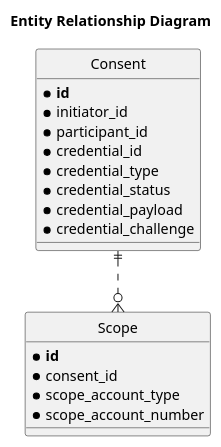
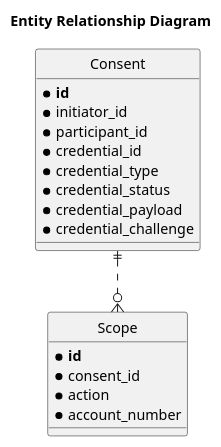
The diagram in docs/ErDiagram.puml (mojaloop/auth-service), drawn with PlantUML before and after one commit.

Commit message:
Update ER diagram

```diff
--- a/docs/ErDiagram.puml
+++ b/docs/ErDiagram.puml
@@ -1,30 +1,30 @@
 @startuml
 
 title Entity Relationship Diagram 
 ' hide the spot
 hide circle
 
 ' avoid problems with angled crows feet
 skinparam linetype ortho
 
 entity "Consent" as e01 {
   * **id**
   * initiator_id
   * participant_id
   * credential_id
   * credential_type
   * credential_status
   * credential_payload
   * credential_challenge
 }
 
 entity "Scope" as e02 {
   * **id**
   * consent_id
-  * scope_account_type
-  * scope_account_number
+  * action 
+  * account_number 
 }
 
 
 e01 ||..o{ e02
 @enduml
```
